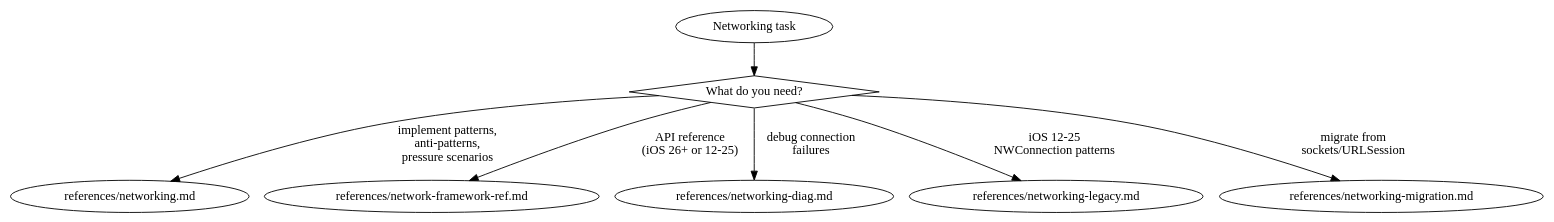
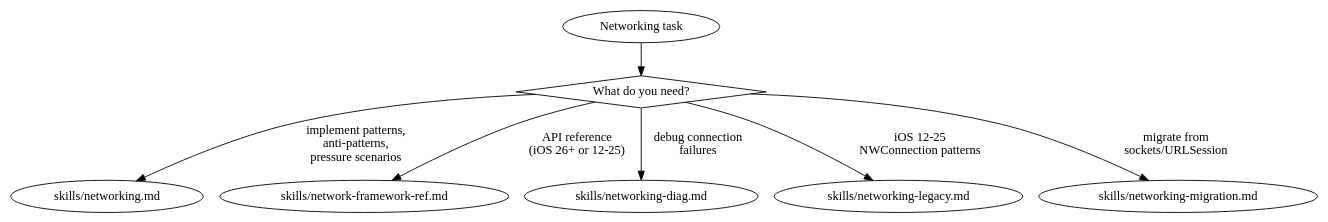
One commit to CharlesWiltgen/Axiom changed the diagram in .claude-plugin/plugins/axiom/skills/axiom-networking/SKILL.md. Above: the diagram before and after it, drawn with Graphviz. The commit also changed other lines of this file and 266 other files, not shown here.

First line of the commit message:
refactor(skills): rename references/ to skills/ across all suites

````diff
--- a/.claude-plugin/plugins/axiom/skills/axiom-networking/SKILL.md
+++ b/.claude-plugin/plugins/axiom/skills/axiom-networking/SKILL.md
@@ -35,13 +35,13 @@
 ```dot
 digraph networking {
     start [label="Networking task" shape=ellipse];
     what [label="What do you need?" shape=diamond];
 
     start -> what;
-    what -> "references/networking.md" [label="implement patterns,\nanti-patterns,\npressure scenarios"];
-    what -> "references/network-framework-ref.md" [label="API reference\n(iOS 26+ or 12-25)"];
-    what -> "references/networking-diag.md" [label="debug connection\nfailures"];
-    what -> "references/networking-legacy.md" [label="iOS 12-25\nNWConnection patterns"];
-    what -> "references/networking-migration.md" [label="migrate from\nsockets/URLSession"];
+    what -> "skills/networking.md" [label="implement patterns,\nanti-patterns,\npressure scenarios"];
+    what -> "skills/network-framework-ref.md" [label="API reference\n(iOS 26+ or 12-25)"];
+    what -> "skills/networking-diag.md" [label="debug connection\nfailures"];
+    what -> "skills/networking-legacy.md" [label="iOS 12-25\nNWConnection patterns"];
+    what -> "skills/networking-migration.md" [label="migrate from\nsockets/URLSession"];
 }
 ```
````
